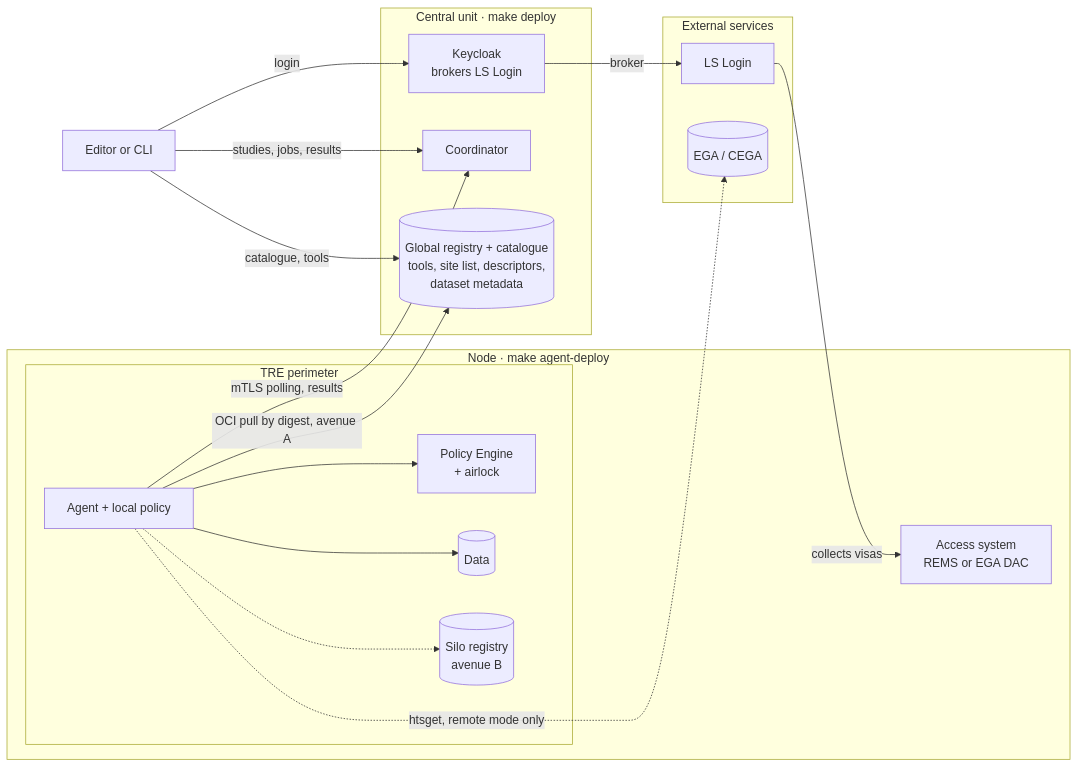
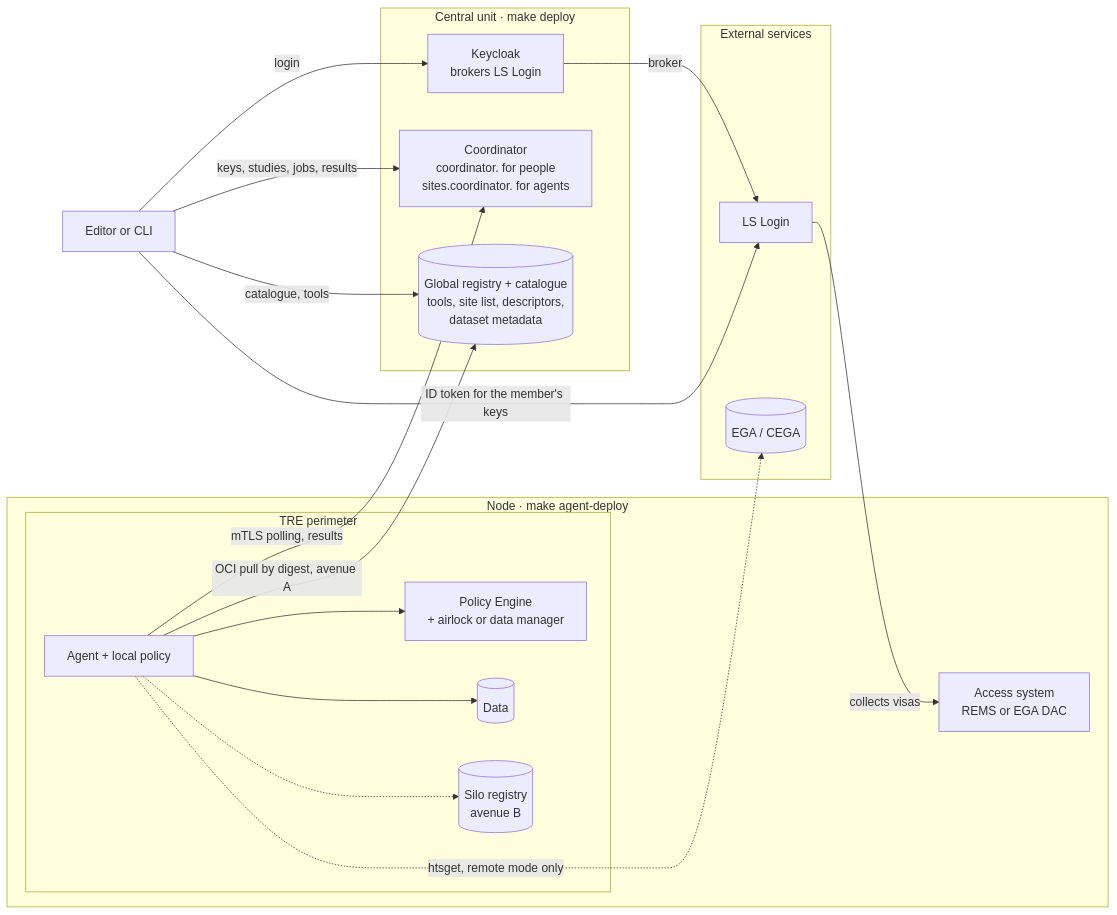
The first of 2 diagrams in docs/architecture.md (ieeta-pt/biochef-infra), drawn with Mermaid before and after one commit. The commit also changed other lines of this file and 13 other files, not shown here.

````diff
--- a/docs/architecture.md
+++ b/docs/architecture.md
@@ -31,28 +35,29 @@
 ```mermaid
 flowchart LR
   subgraph EXT["External services"]
     LS["LS Login"]
     EGA[("EGA / CEGA")]
   end
   subgraph UNIT["Central unit · make deploy"]
     KC["Keycloak<br/>brokers LS Login"]
-    COORD["Coordinator"]
+    COORD["Coordinator<br/>coordinator. for people<br/>sites.coordinator. for agents"]
     REG[("Global registry + catalogue<br/>tools, site list, descriptors,<br/>dataset metadata")]
   end
   ED["Editor or CLI"] -->|"login"| KC
+  ED -->|"ID token for the member's keys"| LS
   KC -->|"broker"| LS
   ED -->|"catalogue, tools"| REG
-  ED -->|"studies, jobs, results"| COORD
+  ED -->|"keys, studies, jobs, results"| COORD
   subgraph NODE["Node · make agent-deploy"]
     ACC["Access system<br/>REMS or EGA DAC"]
     subgraph TRE["TRE perimeter"]
-      AG["Agent + local policy"] --> PE["Policy Engine<br/>+ airlock"]
+      AG["Agent + local policy"] --> PE["Policy Engine<br/>+ airlock or data manager"]
       AG --> DATA[("Data")]
       AG -.-> SREG[("Silo registry<br/>avenue B")]
     end
   end
   LS -->|"collects visas"| ACC
   AG -->|"mTLS polling, results"| COORD
   AG -->|"OCI pull by digest, avenue A"| REG
   AG -.->|"htsget, remote mode only"| EGA
 ```
````
